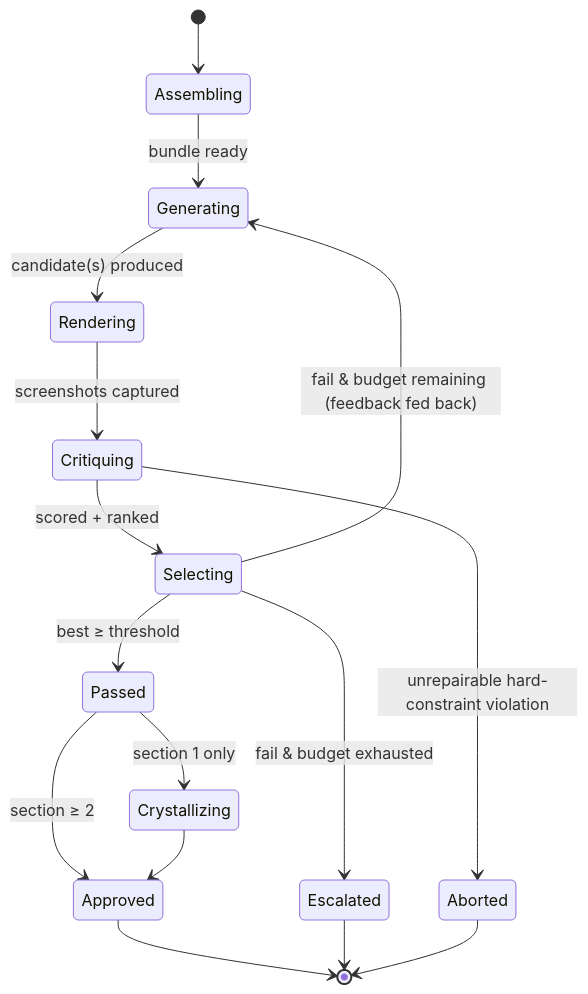
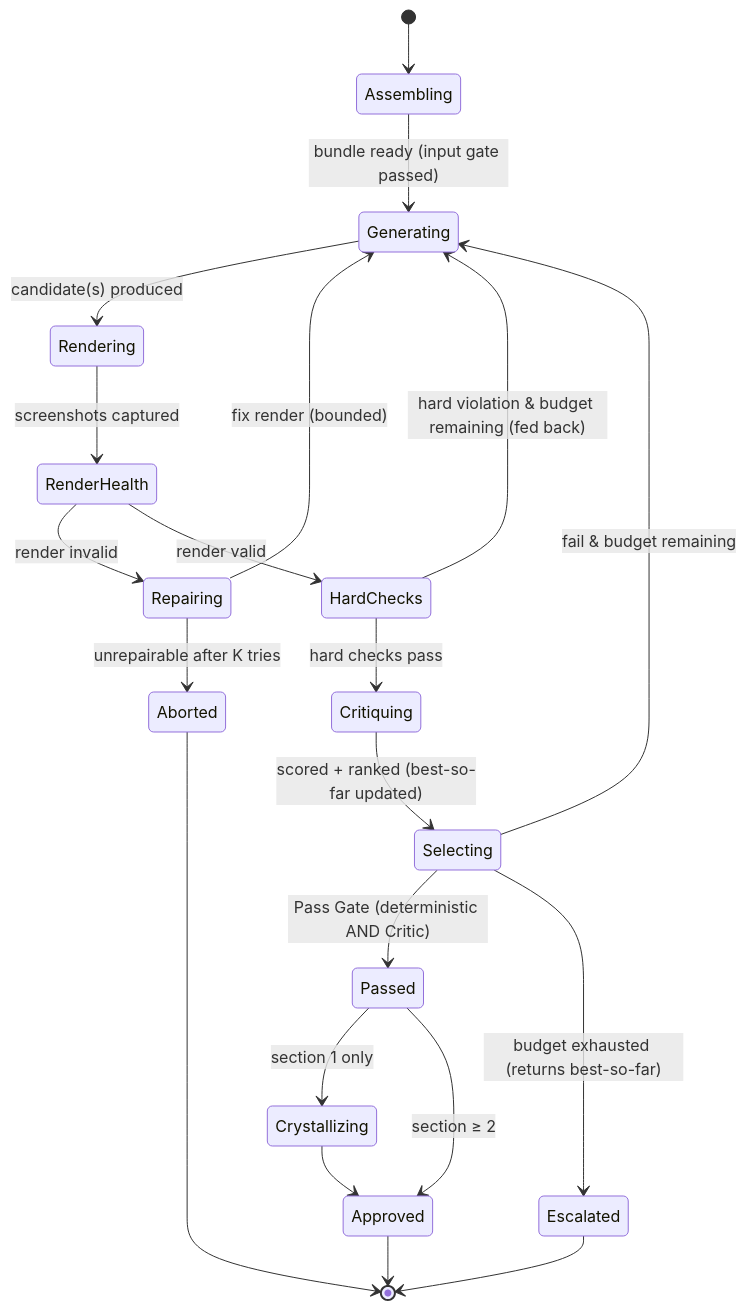
Before and after one commit to dev8xofficial/TroopHunter: the second of 2 diagrams in autonomous-design-engine/spec/05-generation-loop.md, drawn with Mermaid. The commit also changed other lines of this file and 82 other files, not shown here.

````diff
--- a/autonomous-design-engine/spec/05-generation-loop.md
+++ b/autonomous-design-engine/spec/05-generation-loop.md
@@ -79,18 +89,23 @@
 ```mermaid
 stateDiagram-v2
     [*] --> Assembling
-    Assembling --> Generating: bundle ready
+    Assembling --> Generating: bundle ready (input gate passed)
     Generating --> Rendering: candidate(s) produced
-    Rendering --> Critiquing: screenshots captured
-    Critiquing --> Selecting: scored + ranked
-    Selecting --> Passed: best ≥ threshold
-    Selecting --> Generating: fail & budget remaining (feedback fed back)
-    Selecting --> Escalated: fail & budget exhausted
-    Critiquing --> Aborted: unrepairable hard-constraint violation
+    Rendering --> RenderHealth: screenshots captured
+    RenderHealth --> Repairing: render invalid
+    Repairing --> Generating: fix render (bounded)
+    Repairing --> Aborted: unrepairable after K tries
+    RenderHealth --> HardChecks: render valid
+    HardChecks --> Generating: hard violation & budget remaining (fed back)
+    HardChecks --> Critiquing: hard checks pass
+    Critiquing --> Selecting: scored + ranked (best-so-far updated)
+    Selecting --> Passed: Pass Gate (deterministic AND Critic)
+    Selecting --> Generating: fail & budget remaining
+    Selecting --> Escalated: budget exhausted (returns best-so-far)
     Passed --> Crystallizing: section 1 only
     Passed --> Approved: section ≥ 2
     Crystallizing --> Approved
     Approved --> [*]
     Escalated --> [*]
     Aborted --> [*]
 ```
````
